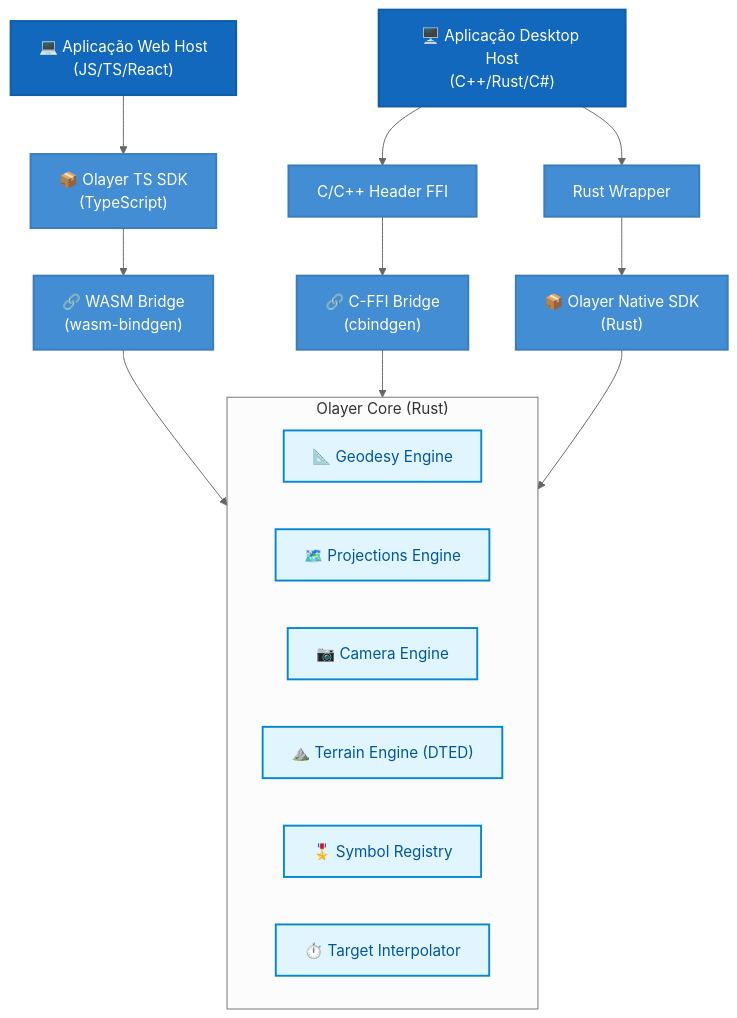
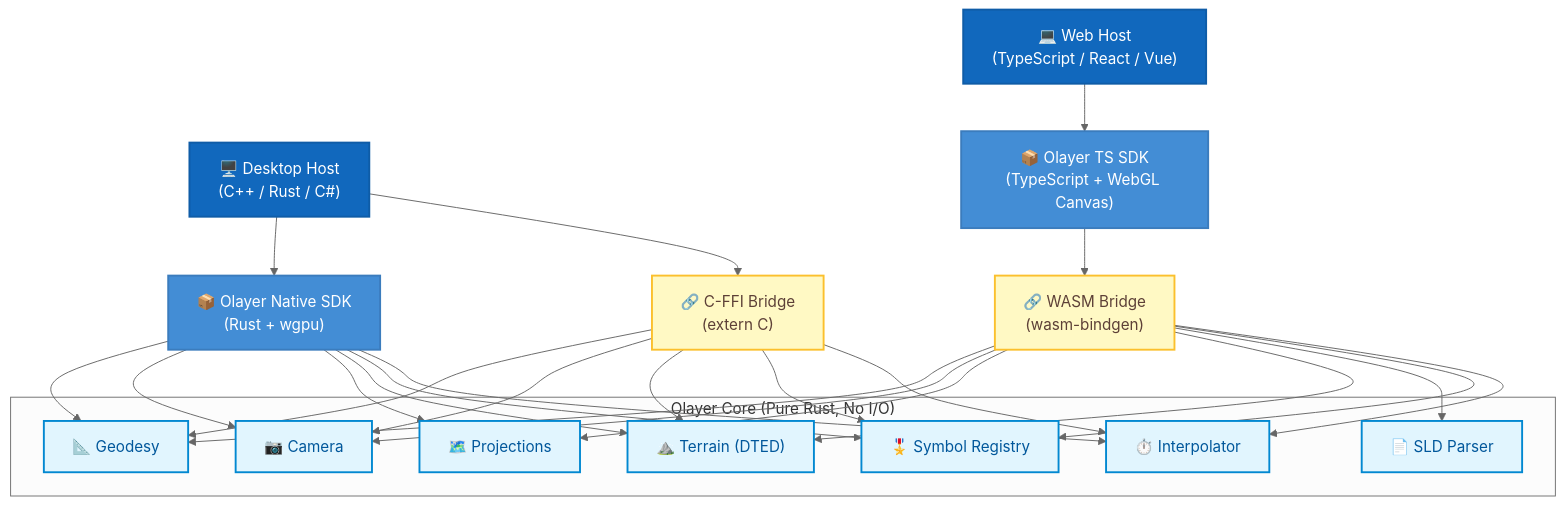
The diagram in docs/developer_guide.md (rodoni/olayer), drawn with Mermaid (neutral theme) before and after one commit. The commit also changed other lines of this file and 2 other files, not shown here.

````diff
--- a/docs/developer_guide.md
+++ b/docs/developer_guide.md
@@ -11,35 +16,51 @@
 ```mermaid
-graph TD
+graph TB
     classDef host fill:#1168BD,stroke:#0f5ca7,color:#ffffff,stroke-width:2px;
     classDef sdk fill:#438DD5,stroke:#3b7cbd,color:#ffffff,stroke-width:2px;
+    classDef bridge fill:#FFF9C4,stroke:#FBC02D,color:#5D4037,stroke-width:2px;
     classDef core fill:#E1F5FE,stroke:#0288D1,color:#01579B,stroke-width:2px;
 
-    HostWeb["💻 Aplicação Web Host<br>(JS/TS/React)"]:::host
-    HostDesktop["🖥️ Aplicação Desktop Host<br>(C++/Rust/C#)"]:::host
+    HostWeb["💻 Web Host<br>(TypeScript / React / Vue)"]:::host
+    HostDesktop["🖥️ Desktop Host<br>(C++ / Rust / C#)"]:::host
 
-    TSSDK["📦 Olayer TS SDK<br>(TypeScript)"]:::sdk
-    NativeSDK["📦 Olayer Native SDK<br>(Rust)"]:::sdk
+    TSSDK["📦 Olayer TS SDK<br>(TypeScript + WebGL Canvas)"]:::sdk
+    NativeSDK["📦 Olayer Native SDK<br>(Rust + wgpu)"]:::sdk
 
-    WASMBridge["🔗 WASM Bridge<br>(wasm-bindgen)"]:::sdk
-    FFIBridge["🔗 C-FFI Bridge<br>(cbindgen)"]:::sdk
+    WASMBridge["🔗 WASM Bridge<br>(wasm-bindgen)"]:::bridge
+    FFIBridge["🔗 C-FFI Bridge<br>(extern C)"]:::bridge
 
-    subgraph CoreBoundary ["Olayer Core (Rust)"]
-        Geodesy["📐 Geodesy Engine"]:::core
-        Projections["🗺️ Projections Engine"]:::core
-        Camera["📷 Camera Engine"]:::core
-        Terrain["⛰️ Terrain Engine (DTED)"]:::core
-        SymbolReg["🎖️ Symbol Registry"]:::core
-        Interpolator["⏱️ Target Interpolator"]:::core
+    subgraph CoreBoundary ["Olayer Core (Pure Rust, No I/O)"]
+        Geodesy["📐 Geodesy"]:::core
+        Camera["📷 Camera"]:::core
+        Projections["🗺️ Projections"]:::core
+        Terrain["⛰️ Terrain (DTED)"]:::core
+        SLD["📄 SLD Parser"]:::core
+        Symbols["🎖️ Symbol Registry"]:::core
+        Interp["⏱️ Interpolator"]:::core
     end
 
     HostWeb --> TSSDK
     TSSDK --> WASMBridge
-    WASMBridge --> CoreBoundary
+    WASMBridge --> Geodesy
+    WASMBridge --> Camera
+    WASMBridge --> Projections
+    WASMBridge --> Terrain
+    WASMBridge --> SLD
+    WASMBridge --> Symbols
+    WASMBridge --> Interp
 
-    HostDesktop --> HostRust["Rust Wrapper"]:::sdk
-    HostDesktop --> HostC["C/C++ Header FFI"]:::sdk
-    HostRust --> NativeSDK
-    HostC --> FFIBridge
-    FFIBridge --> CoreBoundary
-    NativeSDK --> CoreBoundary
+    HostDesktop --> NativeSDK
+    NativeSDK --> Geodesy
+    NativeSDK --> Camera
+    NativeSDK --> Projections
+    NativeSDK --> Terrain
+    NativeSDK --> Symbols
+    NativeSDK --> Interp
+
+    HostDesktop --> FFIBridge
+    FFIBridge --> Geodesy
+    FFIBridge --> Camera
+    FFIBridge --> Terrain
+    FFIBridge --> Symbols
+    FFIBridge --> Interp
 ```
````
